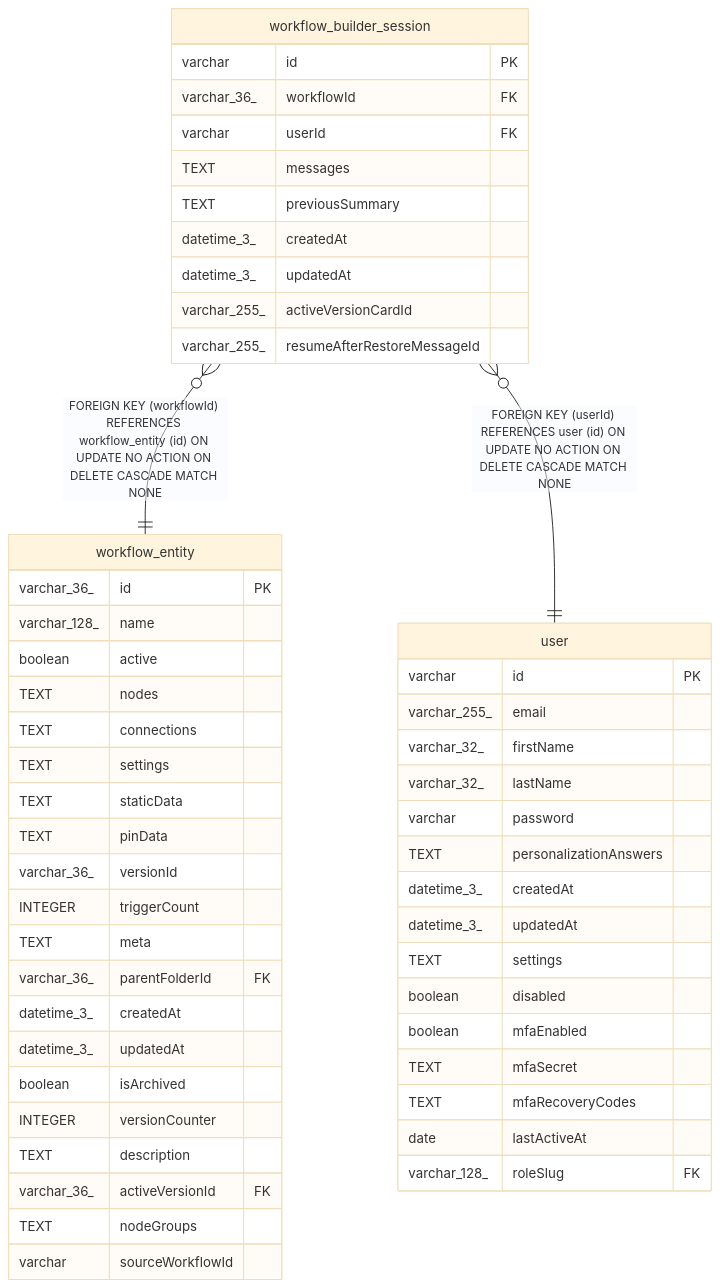
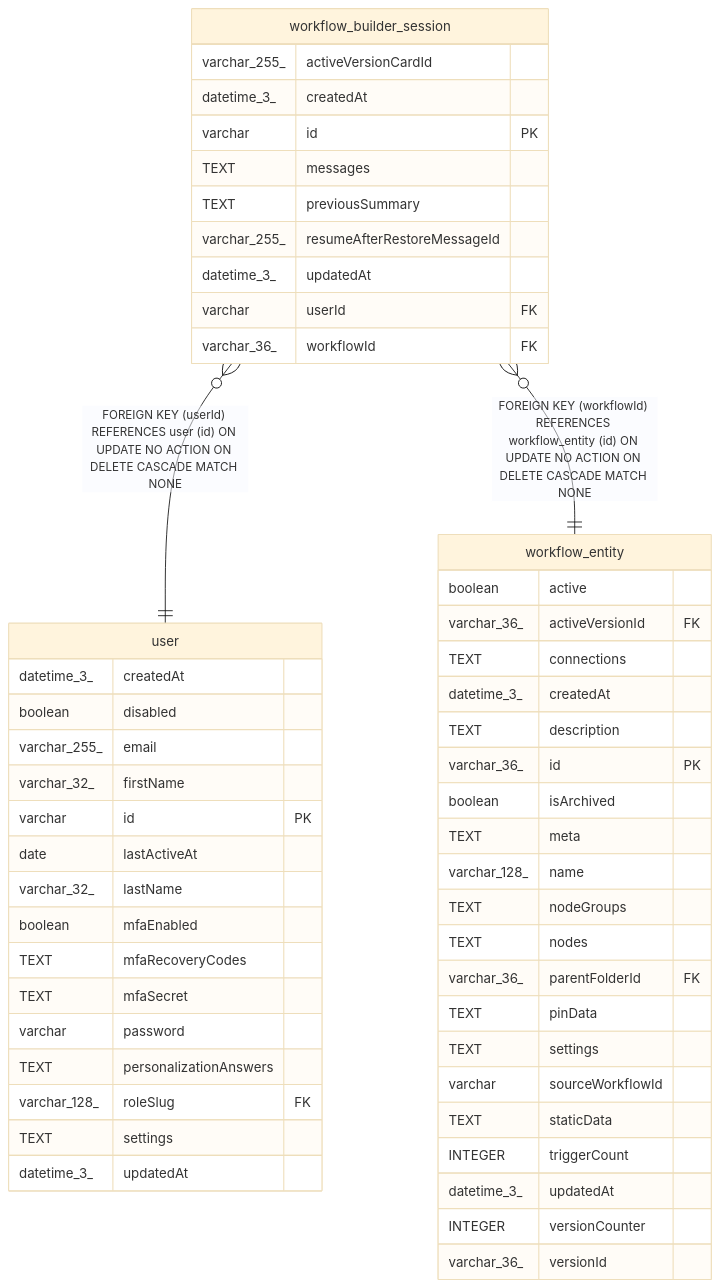
One commit to mayankjain1815-commits/n8n changed the diagram in docs/generated/sqlite-schema/workflow_builder_session.md. Above: the diagram before and after it, drawn with Mermaid (base theme). The commit also changed other lines of this file and 221 other files, not shown here.

Commit message:
chore(core): Make DB schema docs generation deterministic (#32373)

````diff
--- a/docs/generated/sqlite-schema/workflow_builder_session.md
+++ b/docs/generated/sqlite-schema/workflow_builder_session.md
@@ -47,57 +47,57 @@
 ```mermaid
 erDiagram
 
+"workflow_builder_session" }o--|| "user" : "FOREIGN KEY (userId) REFERENCES user (id) ON UPDATE NO ACTION ON DELETE CASCADE MATCH NONE"
 "workflow_builder_session" }o--|| "workflow_entity" : "FOREIGN KEY (workflowId) REFERENCES workflow_entity (id) ON UPDATE NO ACTION ON DELETE CASCADE MATCH NONE"
-"workflow_builder_session" }o--|| "user" : "FOREIGN KEY (userId) REFERENCES user (id) ON UPDATE NO ACTION ON DELETE CASCADE MATCH NONE"
 
 "workflow_builder_session" {
+  varchar_255_ activeVersionCardId
+  datetime_3_ createdAt
   varchar id PK
-  varchar_36_ workflowId FK
-  varchar userId FK
   TEXT messages
   TEXT previousSummary
+  varchar_255_ resumeAfterRestoreMessageId
+  datetime_3_ updatedAt
+  varchar userId FK
+  varchar_36_ workflowId FK
+}
+"user" {
   datetime_3_ createdAt
+  boolean disabled
+  varchar_255_ email
+  varchar_32_ firstName
+  varchar id PK
+  date lastActiveAt
+  varchar_32_ lastName
+  boolean mfaEnabled
+  TEXT mfaRecoveryCodes
+  TEXT mfaSecret
+  varchar password
+  TEXT personalizationAnswers
+  varchar_128_ roleSlug FK
+  TEXT settings
   datetime_3_ updatedAt
-  varchar_255_ activeVersionCardId
-  varchar_255_ resumeAfterRestoreMessageId
 }
 "workflow_entity" {
+  boolean active
+  varchar_36_ activeVersionId FK
+  TEXT connections
+  datetime_3_ createdAt
+  TEXT description
   varchar_36_ id PK
+  boolean isArchived
+  TEXT meta
   varchar_128_ name
-  boolean active
+  TEXT nodeGroups
   TEXT nodes
-  TEXT connections
+  varchar_36_ parentFolderId FK
+  TEXT pinData
   TEXT settings
+  varchar sourceWorkflowId
   TEXT staticData
-  TEXT pinData
+  INTEGER triggerCount
+  datetime_3_ updatedAt
+  INTEGER versionCounter
   varchar_36_ versionId
-  INTEGER triggerCount
-  TEXT meta
-  varchar_36_ parentFolderId FK
-  datetime_3_ createdAt
-  datetime_3_ updatedAt
-  boolean isArchived
-  INTEGER versionCounter
-  TEXT description
-  varchar_36_ activeVersionId FK
-  TEXT nodeGroups
-  varchar sourceWorkflowId
-}
-"user" {
-  varchar id PK
-  varchar_255_ email
-  varchar_32_ firstName
-  varchar_32_ lastName
-  varchar password
-  TEXT personalizationAnswers
-  datetime_3_ createdAt
-  datetime_3_ updatedAt
-  TEXT settings
-  boolean disabled
-  boolean mfaEnabled
-  TEXT mfaSecret
-  TEXT mfaRecoveryCodes
-  date lastActiveAt
-  varchar_128_ roleSlug FK
 }
 ```
````
